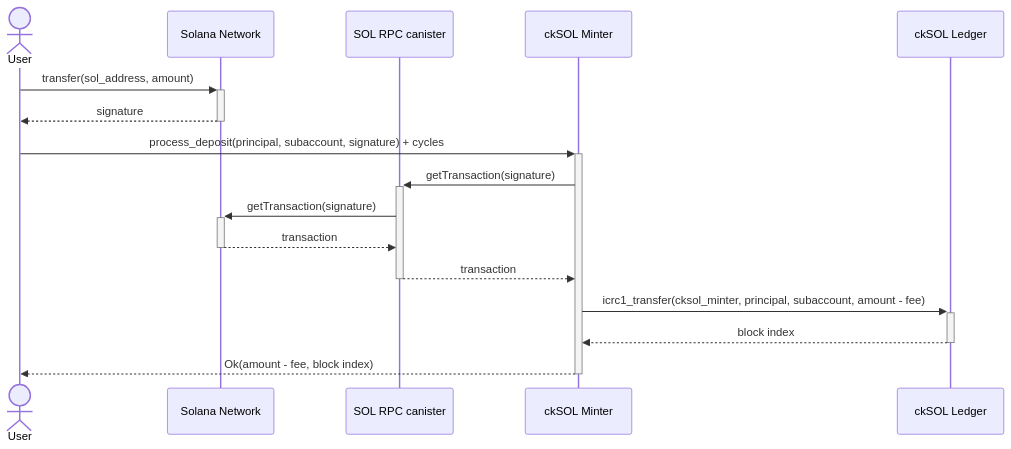
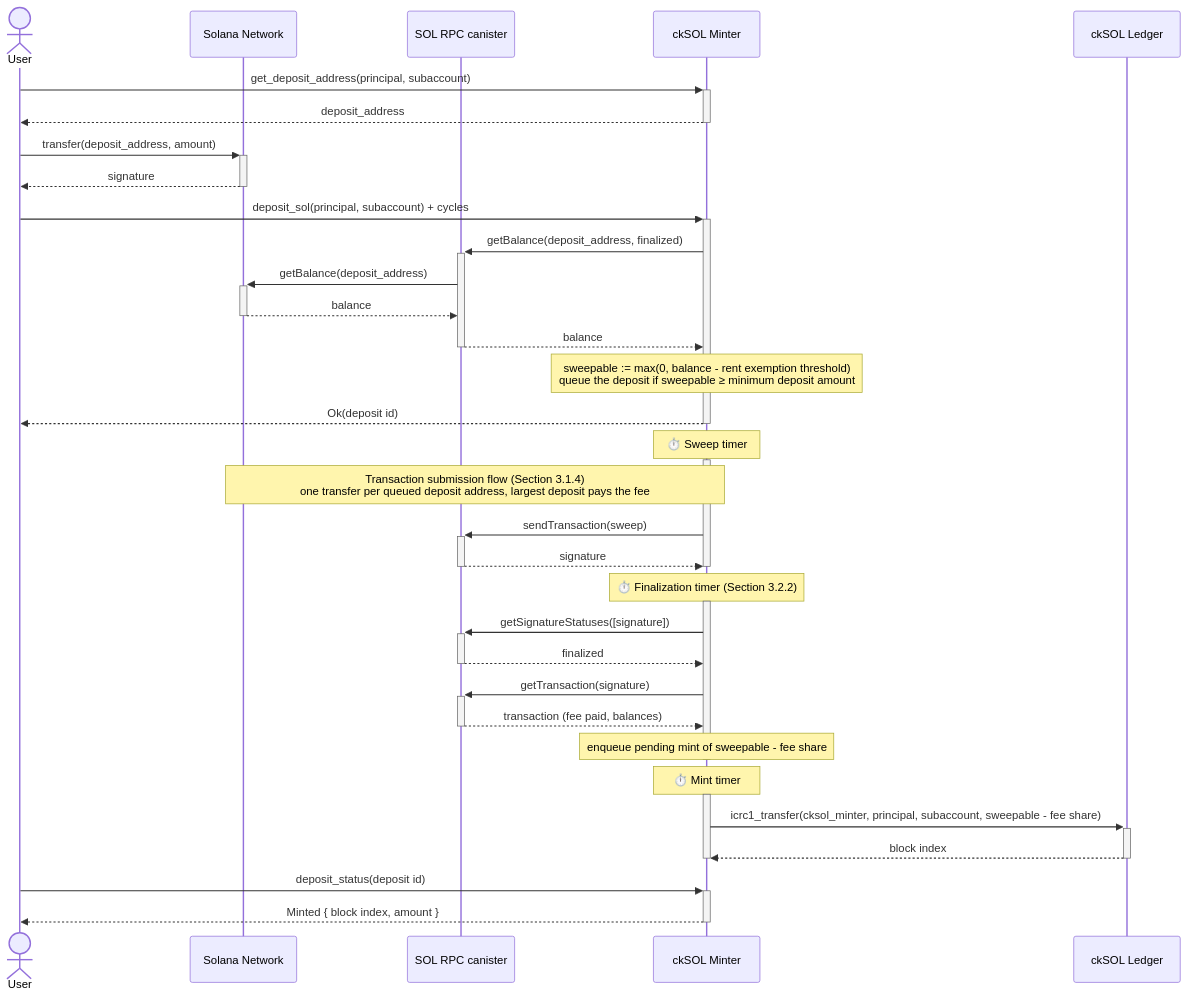
The third of 7 diagrams in docs/design.md (dfinity/cksol), drawn with Mermaid before and after one commit. The commit also changed other lines of this file, not shown here.

````diff
--- a/docs/design.md
+++ b/docs/design.md
@@ -302,19 +306,45 @@
 ```mermaid
 sequenceDiagram
     actor User
     participant Solana as Solana Network
     participant RPC as SOL RPC canister
     participant Minter as ckSOL Minter
     participant Ledger as ckSOL Ledger
 
-    User->>+Solana: transfer(sol_address, amount)
+    User->>+Minter: get_deposit_address(principal, subaccount)
+    Minter-->>-User: deposit_address
+    User->>+Solana: transfer(deposit_address, amount)
     Solana-->>-User: signature
-    User->>+Minter: process_deposit(principal, subaccount, signature) + cycles
+    User->>+Minter: deposit_sol(principal, subaccount) + cycles
+    Minter->>+RPC: getBalance(deposit_address, finalized)
+    RPC->>+Solana: getBalance(deposit_address)
+    Solana-->>-RPC: balance
+    RPC-->>-Minter: balance
+    Note over Minter: sweepable := max(0, balance - rent exemption threshold)<br/>queue the deposit if sweepable ≥ minimum deposit amount
+    Minter-->>-User: Ok(deposit id)
+
+    Note over Minter: ⏱️ Sweep timer
+    activate Minter
+    Note over Solana,Minter: Transaction submission flow (Section 3.1.4)<br/>one transfer per queued deposit address, largest deposit pays the fee
+    Minter->>+RPC: sendTransaction(sweep)
+    RPC-->>-Minter: signature
+    deactivate Minter
+
+    Note over Minter: ⏱️ Finalization timer (Section 3.2.2)
+    activate Minter
+    Minter->>+RPC: getSignatureStatuses([signature])
+    RPC-->>-Minter: finalized
     Minter->>+RPC: getTransaction(signature)
-    RPC->>+Solana: getTransaction(signature)
-    Solana-->>-RPC: transaction
-    RPC-->>-Minter: transaction
-    Minter->>+Ledger: icrc1_transfer(cksol_minter, principal, subaccount, amount - fee)
+    RPC-->>-Minter: transaction (fee paid, balances)
+    Note over Minter: enqueue pending mint of sweepable - fee share
+    deactivate Minter
+
+    Note over Minter: ⏱️ Mint timer
+    activate Minter
+    Minter->>+Ledger: icrc1_transfer(cksol_minter, principal, subaccount, sweepable - fee share)
     Ledger-->>-Minter: block index
-    Minter-->>-User: Ok(amount - fee, block index)
+    deactivate Minter
+
+    User->>+Minter: deposit_status(deposit id)
+    Minter-->>-User: Minted { block index, amount }
 ```
````
